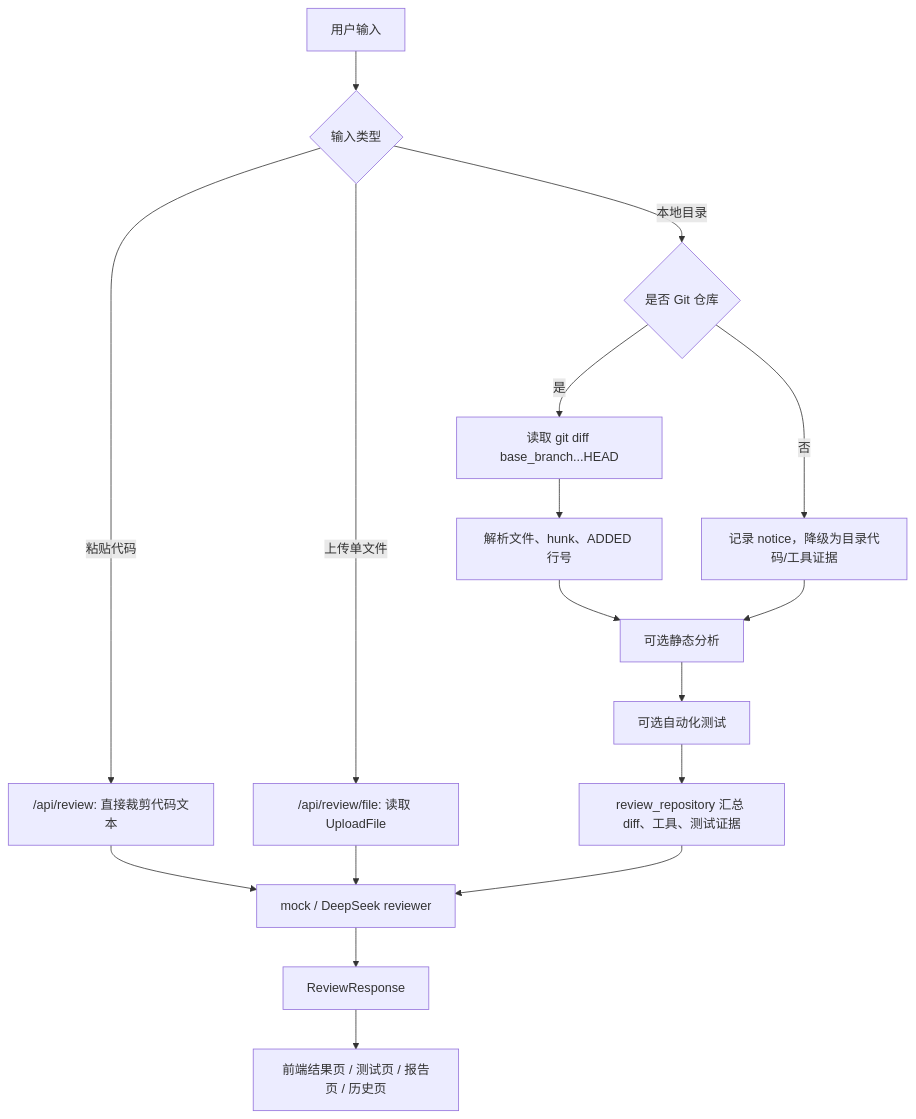
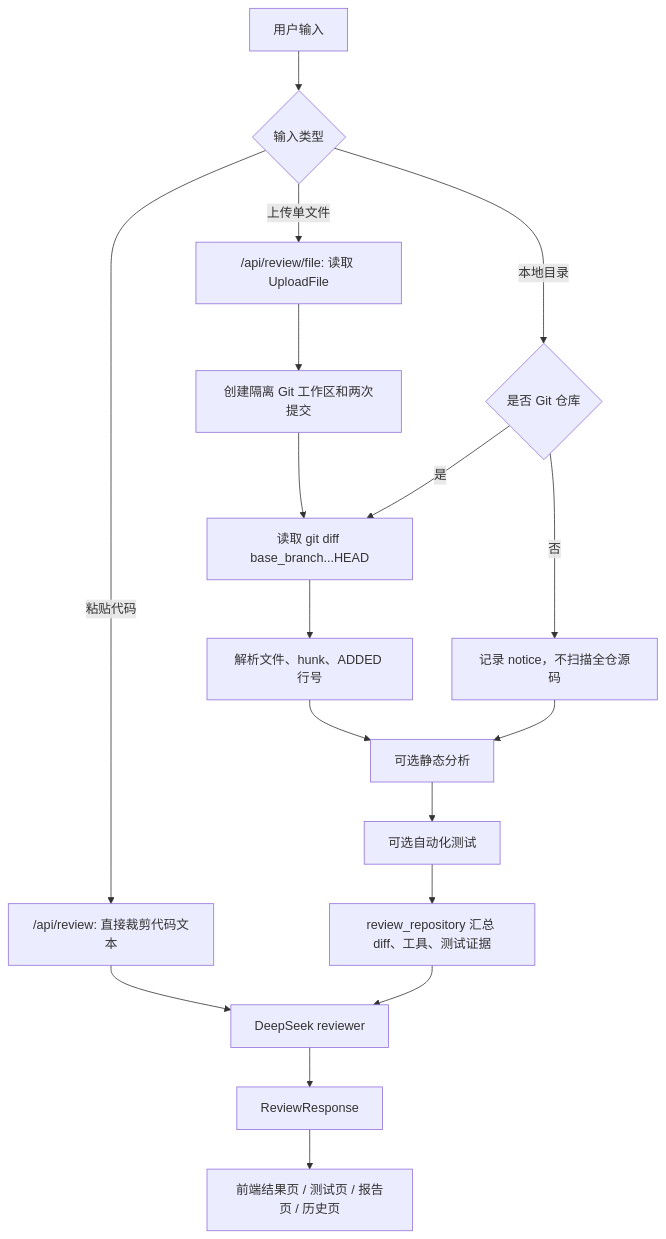
The diagram in README.md (cqlcqlcql/LLM-CodeReviewer), drawn with Mermaid before and after one commit. The commit also changed other lines of this file and 15 other files, not shown here.

````diff
--- a/README.md
+++ b/README.md
@@ -52,19 +57,20 @@
 ```mermaid
 flowchart TD
     A["用户输入"] --> B{"输入类型"}
     B -->|粘贴代码| C["/api/review: 直接裁剪代码文本"]
     B -->|上传单文件| D["/api/review/file: 读取 UploadFile"]
     B -->|本地目录| E{"是否 Git 仓库"}
-    C --> R["mock / DeepSeek reviewer"]
-    D --> R
+    C --> R["DeepSeek reviewer"]
+    D --> W["创建隔离 Git 工作区和两次提交"]
+    W --> F
     E -->|是| F["读取 git diff base_branch...HEAD"]
     F --> G["解析文件、hunk、ADDED 行号"]
-    E -->|否| H["记录 notice，降级为目录代码/工具证据"]
+    E -->|否| H["记录 notice，不扫描全仓源码"]
     G --> I["可选静态分析"]
     H --> I
     I --> J["可选自动化测试"]
     J --> K["review_repository 汇总 diff、工具、测试证据"]
     K --> R
     R --> L["ReviewResponse"]
     L --> M["前端结果页 / 测试页 / 报告页 / 历史页"]
 ```
````
